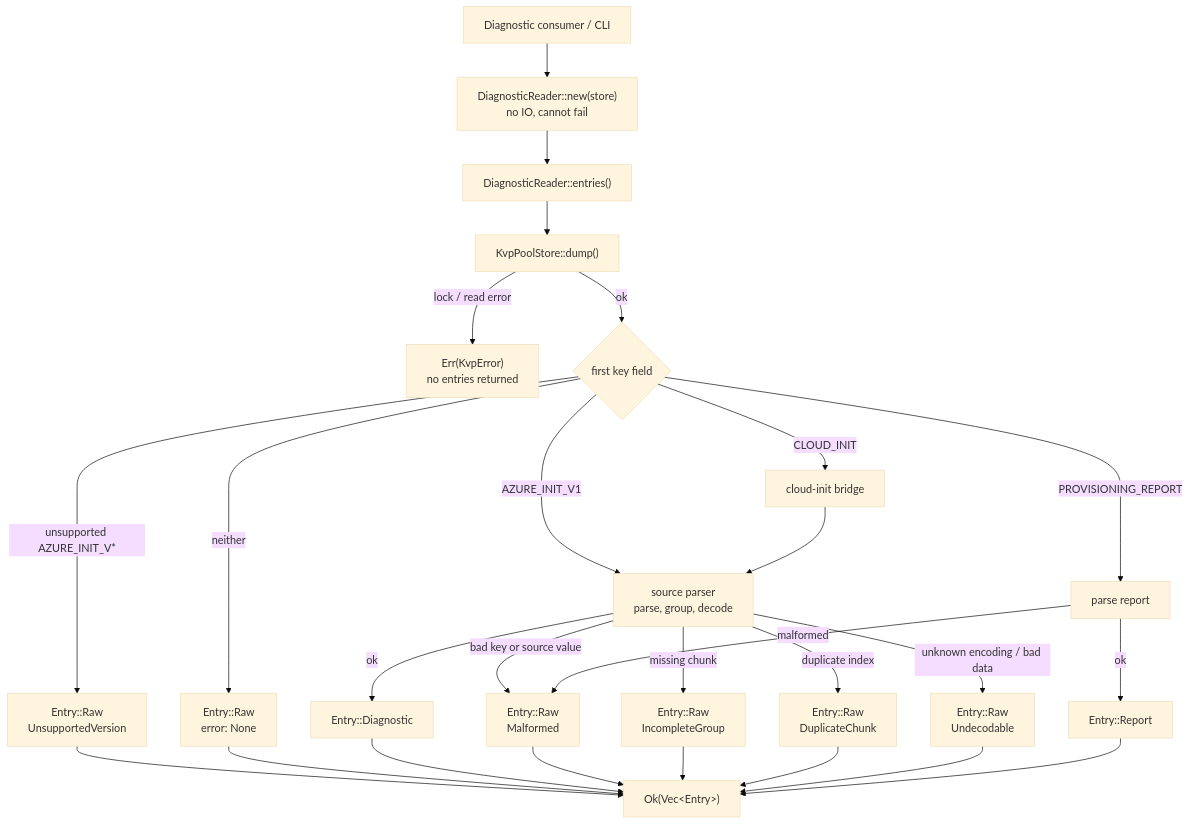
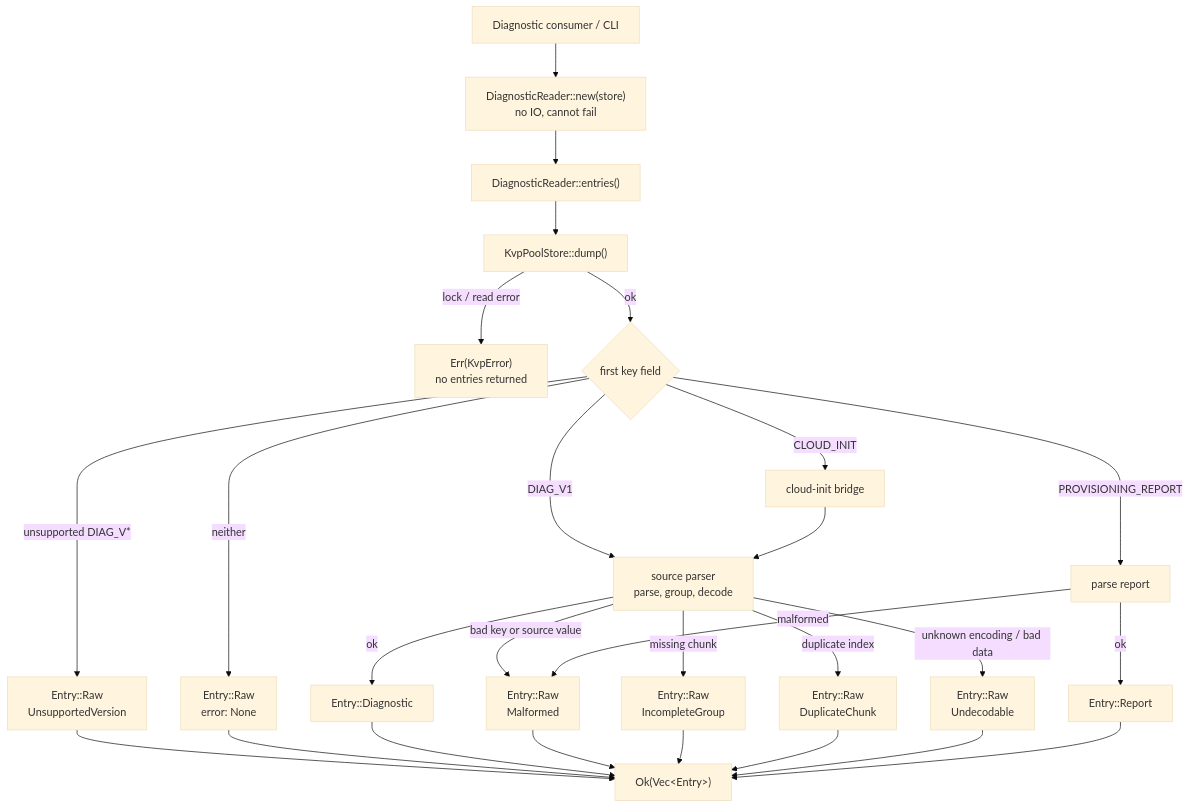
The second of 2 diagrams in libazureinit-kvp/diagnostics-proposal.md (peytonr18/azure-init), drawn with Mermaid (base theme) before and after one commit. The commit also changed other lines of this file, not shown here.

Commit message:
docs(kvp): finalize diagnostics schema and CLI contract

````diff
--- a/libazureinit-kvp/diagnostics-proposal.md
+++ b/libazureinit-kvp/diagnostics-proposal.md
@@ -271,29 +280,29 @@
 ```mermaid
 flowchart TD
   client["Diagnostic consumer / CLI"] --> new["DiagnosticReader::new(store)<br/>no IO, cannot fail"]
   new --> entries["DiagnosticReader::entries()"]
   entries --> dump["KvpPoolStore::dump()"]
   dump -->|"lock / read error"| readerr["Err(KvpError)<br/>no entries returned"]
   dump -->|"ok"| cls{"first key field"}
-  cls -->|"AZURE_INIT_V1"| dec["source parser<br/>parse, group, decode"]
-  cls -->|"unsupported AZURE_INIT_V*"| rawver["Entry::Raw<br/>UnsupportedVersion"]
+  cls -->|"DIAG_V1"| dec["source parser<br/>parse, group, decode"]
+  cls -->|"unsupported DIAG_V*"| rawver["Entry::Raw<br/>UnsupportedVersion"]
   cls -->|"CLOUD_INIT"| bridge["cloud-init bridge"]
   bridge --> dec
   cls -->|"PROVISIONING_REPORT"| rep["parse report"]
   cls -->|"neither"| raw["Entry::Raw<br/>error: None"]
   dec -->|"ok"| diag["Entry::Diagnostic"]
   dec -->|"bad key or source value"| malformed["Entry::Raw<br/>Malformed"]
   dec -->|"missing chunk"| incomplete["Entry::Raw<br/>IncompleteGroup"]
   dec -->|"duplicate index"| duplicate["Entry::Raw<br/>DuplicateChunk"]
   dec -->|"unknown encoding / bad data"| undecodable["Entry::Raw<br/>Undecodable"]
   rep -->|"ok"| repe["Entry::Report"]
   rep -->|"malformed"| malformed
   rawver --> out["Ok(Vec&lt;Entry&gt;)"]
   raw --> out
   diag --> out
   malformed --> out
   incomplete --> out
   duplicate --> out
   undecodable --> out
   repe --> out
 ```
````
